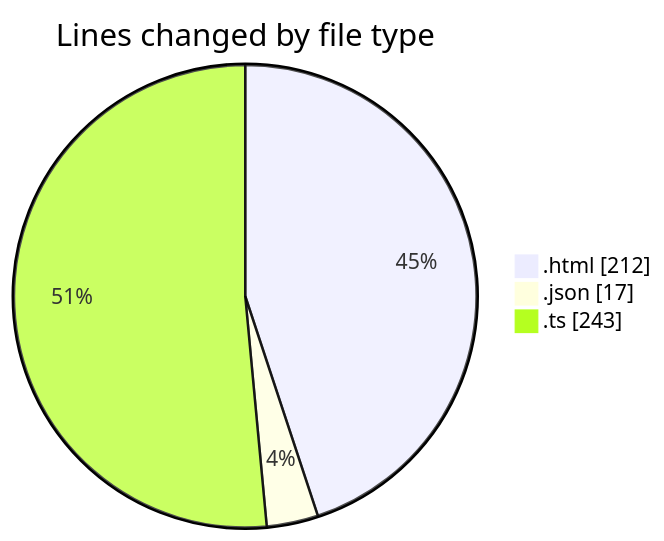
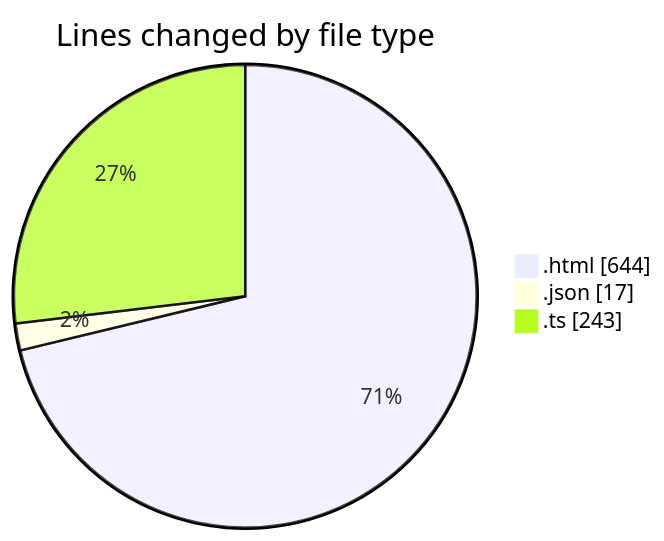
One commit to EIIisD/code-tracking changed the first of 2 diagrams in 2025-07-29/invoices/README.md. Above: the diagram before and after it, drawn with Mermaid. The commit also changed other lines of this file and 1 other file, not shown here.

````diff
--- a/2025-07-29/invoices/README.md
+++ b/2025-07-29/invoices/README.md
@@ -22,7 +24,7 @@
 ```mermaid
 pie showData
 title Lines changed by file type
-".html" : 212
+".html" : 644
 ".json" : 17
 ".ts" : 243
 ```
````
